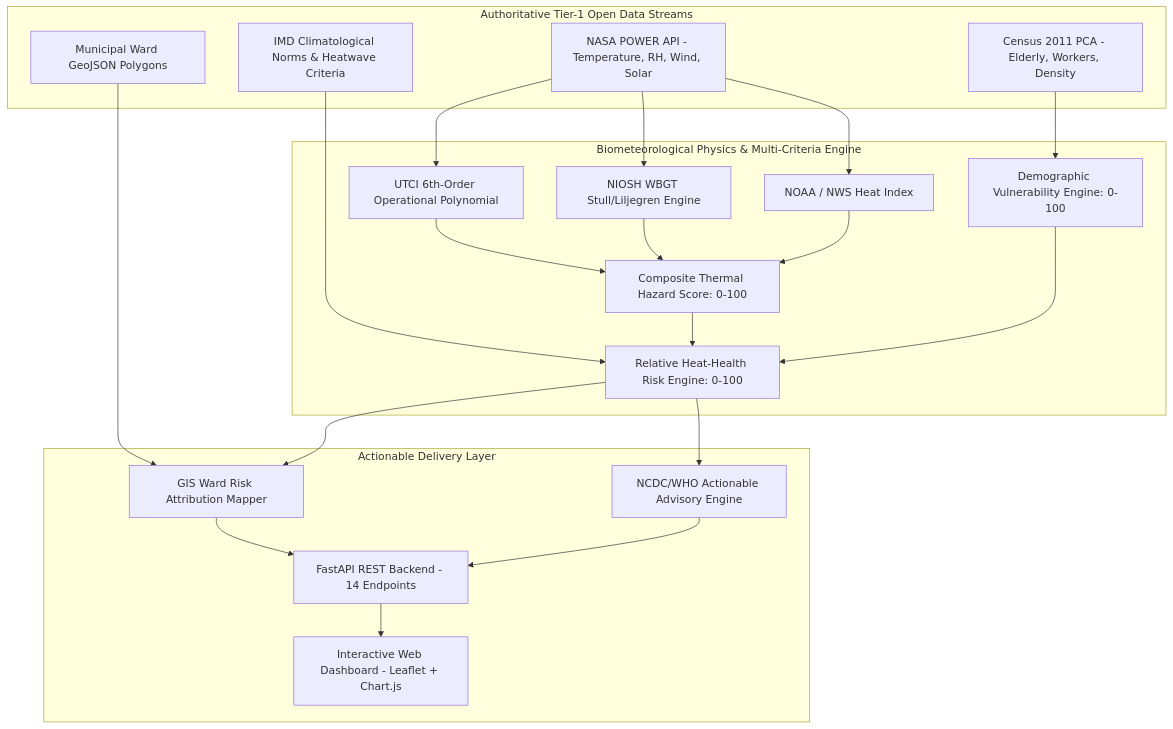
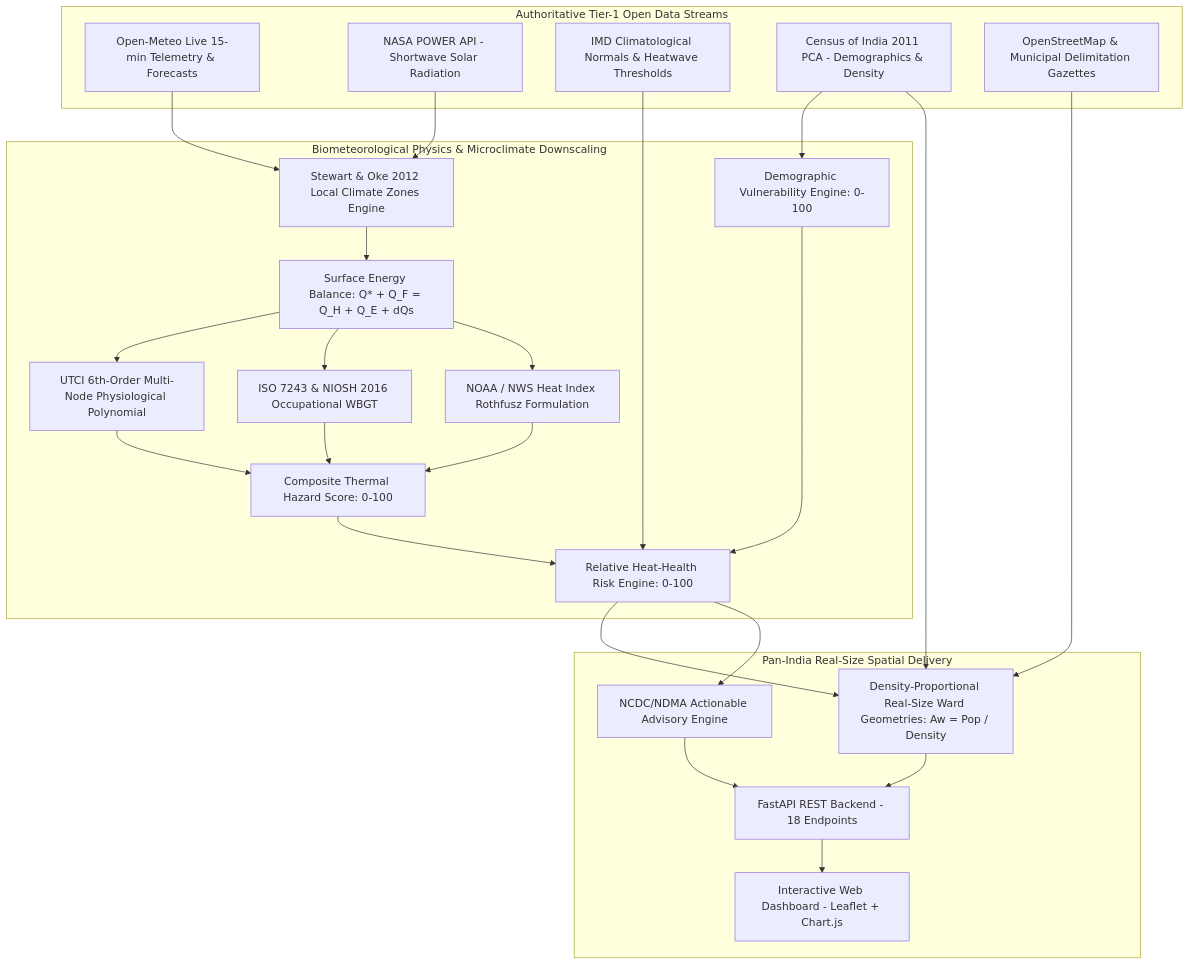
Before and after one commit to Lovish-creator/sih-heat-risk: the diagram in README.md, drawn with Mermaid. The commit also changed other lines of this file and 3 other files, not shown here.

````diff
--- a/README.md
+++ b/README.md
@@ -35,36 +62,39 @@
 ```mermaid
 graph TB
     subgraph Data_Sources [Authoritative Tier-1 Open Data Streams]
-        NASA[NASA POWER API - Temperature, RH, Wind, Solar]
-        IMD[IMD Climatological Norms & Heatwave Criteria]
-        CENSUS[Census 2011 PCA - Elderly, Workers, Density]
-        GEO[Municipal Ward GeoJSON Polygons]
+        OM[Open-Meteo Live 15-min Telemetry & Forecasts]
+        NASA[NASA POWER API - Shortwave Solar Radiation]
+        IMD[IMD Climatological Normals & Heatwave Thresholds]
+        CENSUS[Census of India 2011 PCA - Demographics & Density]
+        OSM[OpenStreetMap & Municipal Delimitation Gazettes]
     end
 
-    subgraph Scientific_Core [Biometeorological Physics & Multi-Criteria Engine]
-        UTCI_E[UTCI 6th-Order Operational Polynomial]
-        WBGT_E[NIOSH WBGT Stull/Liljegren Engine]
-        HI_E[NOAA / NWS Heat Index]
+    subgraph Scientific_Core [Biometeorological Physics & Microclimate Downscaling]
+        LCZ[Stewart & Oke 2012 Local Climate Zones Engine]
+        SEB[Surface Energy Balance: Q* + Q_F = Q_H + Q_E + dQs]
+        UTCI_E[UTCI 6th-Order Multi-Node Physiological Polynomial]
+        WBGT_E[ISO 7243 & NIOSH 2016 Occupational WBGT]
+        HI_E[NOAA / NWS Heat Index Rothfusz Formulation]
         HAZARD[Composite Thermal Hazard Score: 0-100]
         VULN[Demographic Vulnerability Engine: 0-100]
         RISK_ENG[Relative Heat-Health Risk Engine: 0-100]
     end
 
-    subgraph Decision_Support [Actionable Delivery Layer]
-        GIS_E[GIS Ward Risk Attribution Mapper]
-        ADV_E[NCDC/WHO Actionable Advisory Engine]
-        API_GW[FastAPI REST Backend - 14 Endpoints]
+    subgraph Spatial_Delivery [Pan-India Real-Size Spatial Delivery]
+        REAL_GIS[Density-Proportional Real-Size Ward Geometries: Aw = Pop / Density]
+        ADV_E[NCDC/NDMA Actionable Advisory Engine]
+        API_GW[FastAPI REST Backend - 18 Endpoints]
         DASH[Interactive Web Dashboard - Leaflet + Chart.js]
     end
 
-    NASA --> UTCI_E & WBGT_E & HI_E
+    OM & NASA --> LCZ --> SEB --> UTCI_E & WBGT_E & HI_E
     IMD --> RISK_ENG
     CENSUS --> VULN
-    GEO --> GIS_E
+    CENSUS & OSM --> REAL_GIS
 
     UTCI_E & WBGT_E & HI_E --> HAZARD
     HAZARD & VULN --> RISK_ENG
 
-    RISK_ENG --> GIS_E & ADV_E
-    GIS_E & ADV_E --> API_GW --> DASH
+    RISK_ENG --> REAL_GIS & ADV_E
+    REAL_GIS & ADV_E --> API_GW --> DASH
 ```
````
